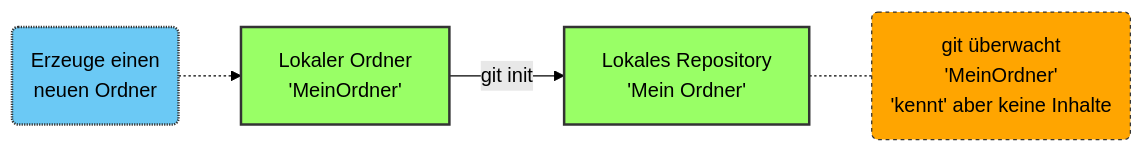
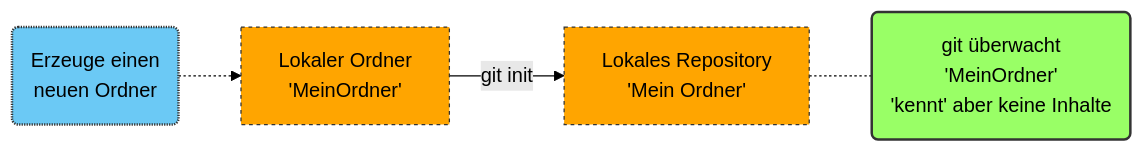
Before and after one commit to ammrie/Praxislab: the first of 2 diagrams in modules/de-git-module.qmd, drawn with Mermaid. The commit also changed other lines of this file and 1 other file, not shown here.

````diff
--- a/modules/de-git-module.qmd
+++ b/modules/de-git-module.qmd
@@ -85,19 +85,19 @@
 ```{mermaid}
 %%| fig-cap: Initialisierung eines Repositories
 
 graph LR
     A(Erzeuge einen <br> neuen Ordner) -.-> B[Lokaler Ordner <br> 'MeinOrdner']
     B -- git init --> C[Lokales Repository <br> 'Mein Ordner']
     C -.- D(git überwacht <br> 'MeinOrdner' <br> 'kennt' aber keine Inhalte)
   
 
     classDef gr fill:#9f6,stroke:#333,stroke-width:2px
     classDef bl fill:#6BC9F5,stroke:#333,stroke-width:2px,stroke-dasharray: 1
     classDef or fill:orange,stroke:#333,stroke-width:1px,stroke-dasharray: 3
     classDef or2 fill:orange,stroke:#333,stroke-width:3px,stroke-dasharray: 2
     class A bl
-    class B,C gr
-    class D or
+    class D gr
+    class C,B or
 
 %%{init: {'theme':'forest'}}%%
 ```
````
